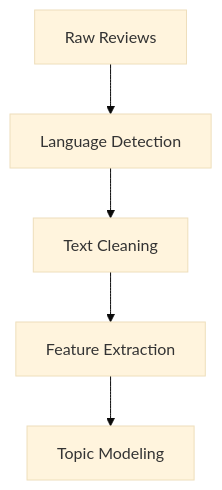
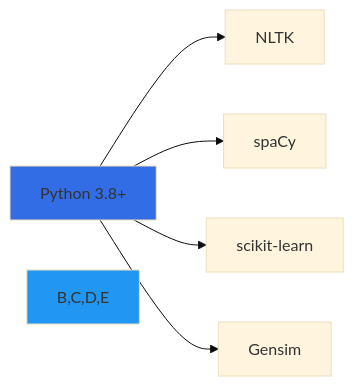
The fifth of 5 diagrams in README.md (MOSSAWIII/TopicModeling_Yelp), drawn with Mermaid (base theme) before and after one commit. The commit also changed other lines of this file, not shown here.

````diff
--- a/README.md
+++ b/README.md
@@ -74,7 +162,10 @@
 ```mermaid
-graph TD
-    A[Raw Reviews] --> B[Language Detection]
-    B --> C[Text Cleaning]
-    C --> D[Feature Extraction]
-    D --> E[Topic Modeling]
+graph LR
+    A[Python 3.8+] --> B[NLTK]
+    A --> C[spaCy]
+    A --> D[scikit-learn]
+    A --> E[Gensim]
+    
+    style A fill:#326DE6
+    style B,C,D,E fill:#2196F3
 ```
````
